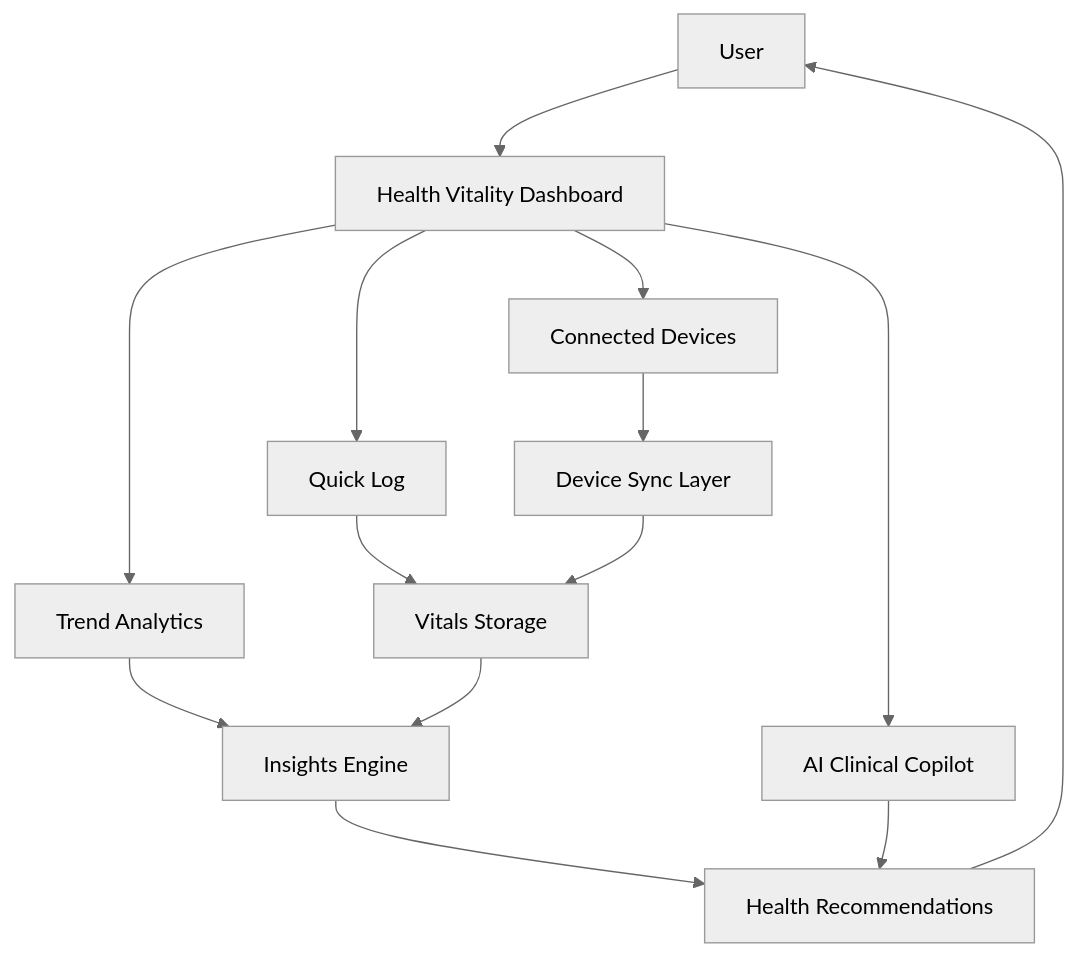
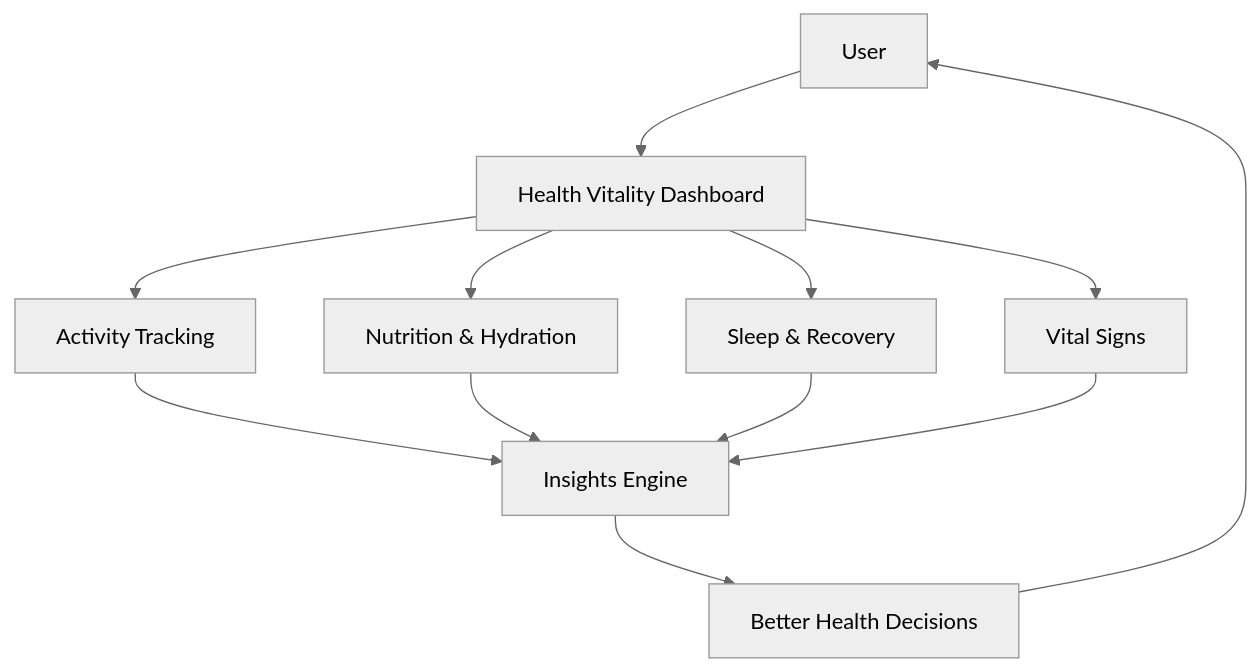
Before and after one commit to sameer10237/health-vitality: the first of 3 diagrams in README.md, drawn with Mermaid (neutral theme). The commit also changed other lines of this file, not shown here.

````diff
--- a/README.md
+++ b/README.md
@@ -29,17 +28,14 @@
 ```mermaid
 flowchart TD
     A[User] --> B[Health Vitality Dashboard]
-    B --> C[Quick Log]
-    B --> D[Connected Devices]
-    B --> E[Trend Analytics]
-    B --> F[AI Clinical Copilot]
-
-    C --> G[Vitals Storage]
-    D --> H[Device Sync Layer]
-    H --> G
-    E --> I[Insights Engine]
-    G --> I
-    I --> J[Health Recommendations]
-    F --> J
-    J --> A
+    B --> C[Activity Tracking]
+    B --> D[Nutrition & Hydration]
+    B --> E[Sleep & Recovery]
+    B --> F[Vital Signs]
+    C --> G[Insights Engine]
+    D --> G
+    E --> G
+    F --> G
+    G --> H[Better Health Decisions]
+    H --> A
 ```
````
